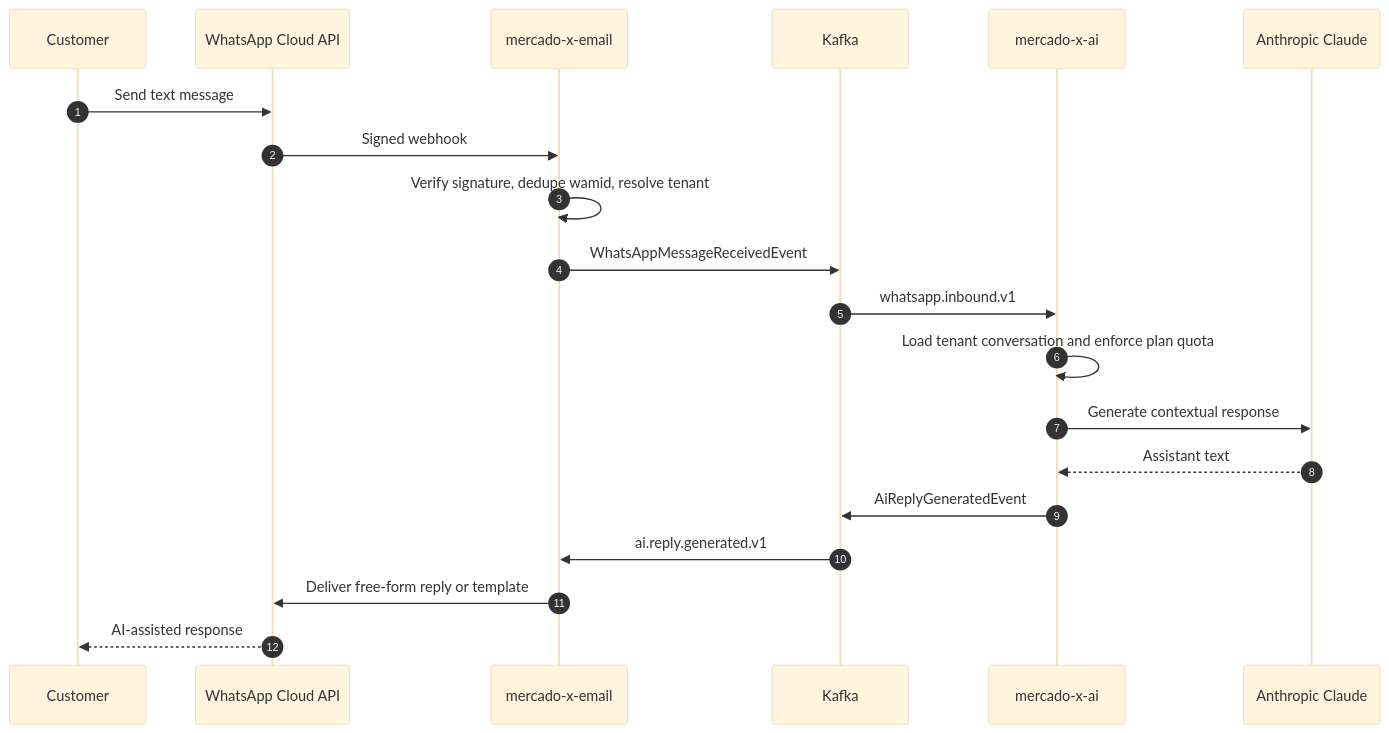
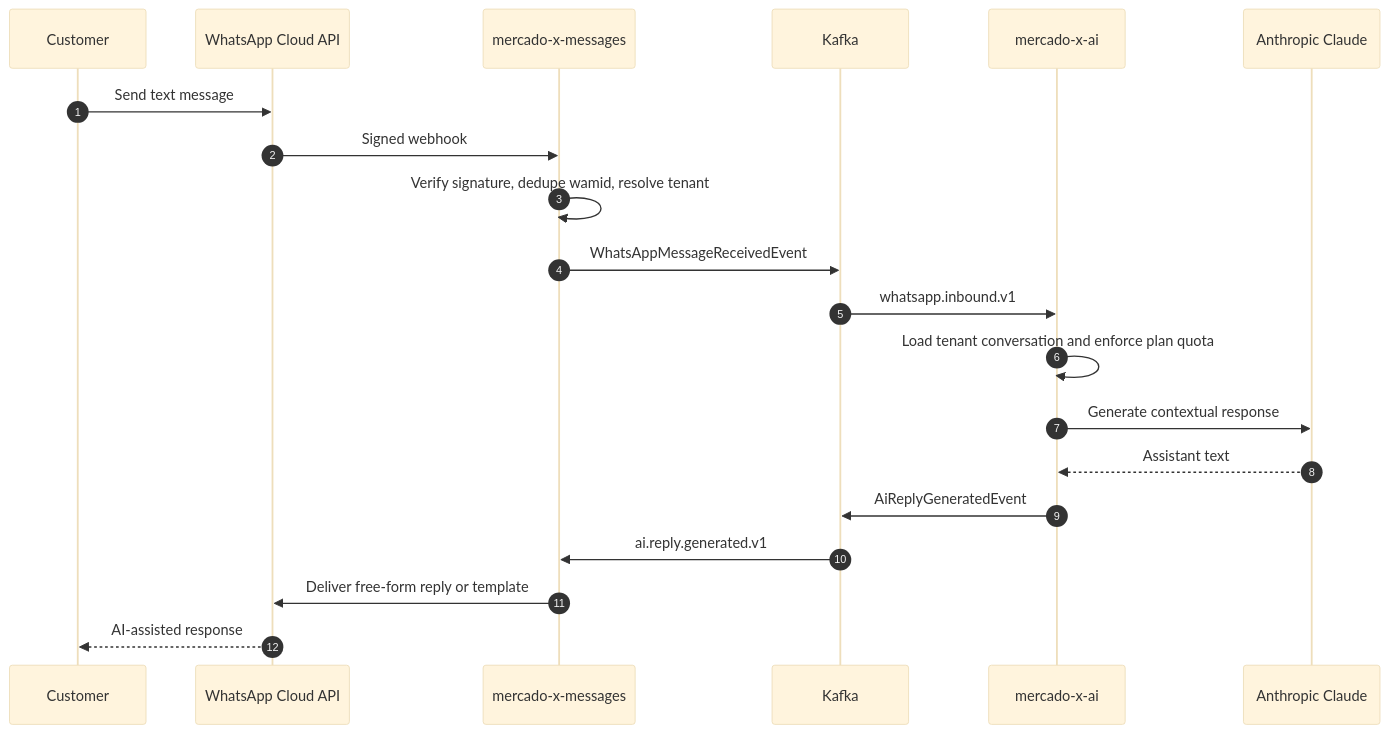
Before and after one commit to igorzelaya-io/mercado-x-parent: the third of 3 diagrams in README.md, drawn with Mermaid (base theme). The commit also changed other lines of this file and 2 other files, not shown here.

````diff
--- a/README.md
+++ b/README.md
@@ -168,23 +168,23 @@
 ```mermaid
 sequenceDiagram
     autonumber
     participant Customer
     participant Meta as WhatsApp Cloud API
-    participant Email as mercado-x-email
+    participant Email as mercado-x-messages
     participant Kafka
     participant AI as mercado-x-ai
     participant Claude as Anthropic Claude
 
     Customer->>Meta: Send text message
     Meta->>Email: Signed webhook
     Email->>Email: Verify signature, dedupe wamid, resolve tenant
     Email->>Kafka: WhatsAppMessageReceivedEvent
     Kafka->>AI: whatsapp.inbound.v1
     AI->>AI: Load tenant conversation and enforce plan quota
     AI->>Claude: Generate contextual response
     Claude-->>AI: Assistant text
     AI->>Kafka: AiReplyGeneratedEvent
     Kafka->>Email: ai.reply.generated.v1
     Email->>Meta: Deliver free-form reply or template
     Meta-->>Customer: AI-assisted response
 ```
````
